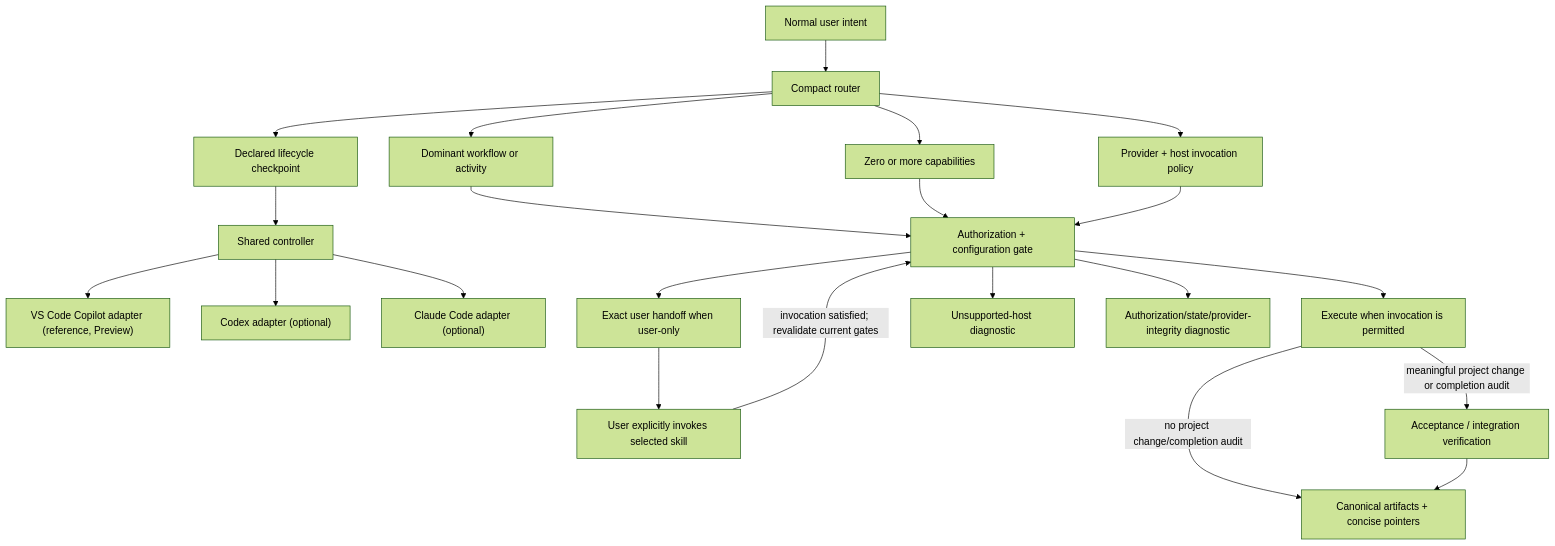
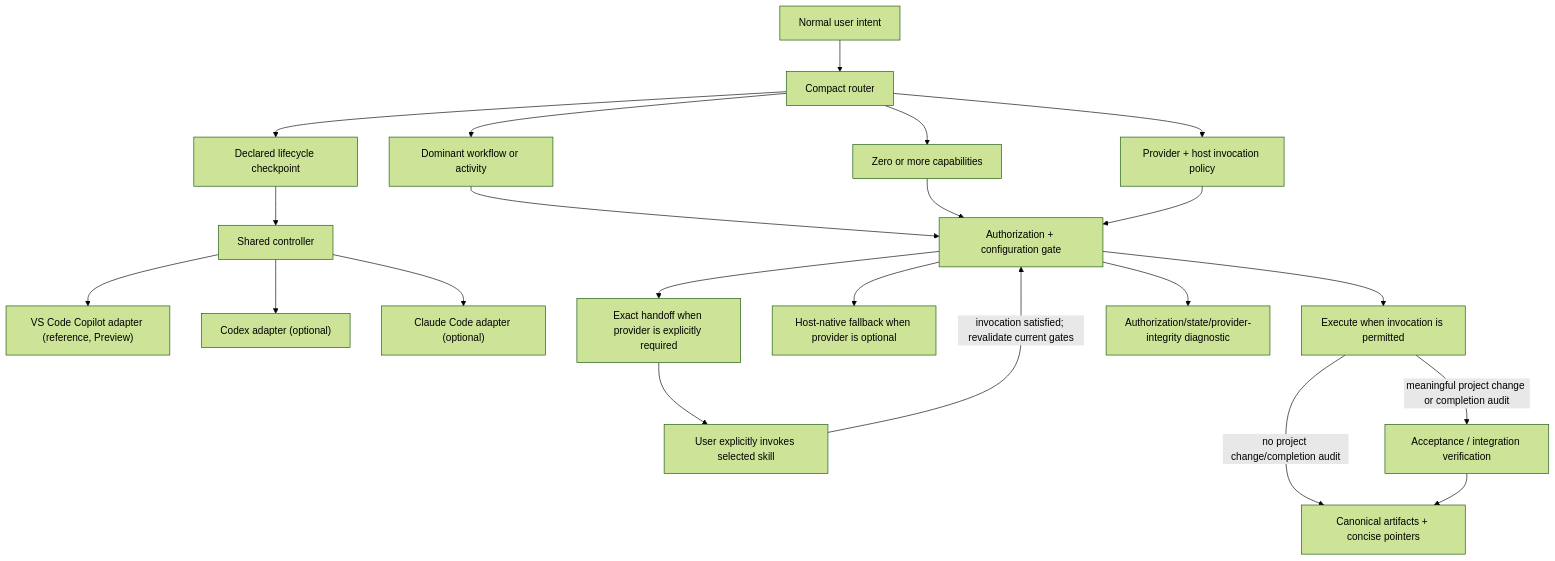
One commit to jimmfan/agentic-workflow changed the diagram in docs/architecture.md. Above: the diagram before and after it, drawn with Mermaid (forest theme). The commit also changed other lines of this file and 30 other files, not shown here.

````diff
--- a/docs/architecture.md
+++ b/docs/architecture.md
@@ -25,24 +25,24 @@
 ```mermaid
 flowchart TD
     request["Normal user intent"] --> router["Compact router"]
     router --> checkpoint["Declared lifecycle checkpoint"]
     checkpoint --> controller["Shared controller"]
     controller --> vscode["VS Code Copilot adapter (reference, Preview)"]
     controller --> codex["Codex adapter (optional)"]
     controller --> claude["Claude Code adapter (optional)"]
     router --> dominant["Dominant workflow or activity"]
     router --> capabilities["Zero or more capabilities"]
     router --> policy["Provider + host invocation policy"]
     dominant --> gate["Authorization + configuration gate"]
     capabilities --> gate
     policy --> gate
     gate --> execute["Execute when invocation is permitted"]
-    gate --> handoff["Exact user handoff when user-only"]
-    gate --> unavailable["Unsupported-host diagnostic"]
+    gate --> fallback["Host-native fallback when provider is optional"]
+    gate --> handoff["Exact handoff when provider is explicitly required"]
     gate --> blocked["Authorization/state/provider-integrity diagnostic"]
     handoff --> explicit["User explicitly invokes selected skill"]
     explicit -->|"invocation satisfied; revalidate current gates"| gate
     execute -->|"no project change/completion audit"| outcome
     execute -->|"meaningful project change or completion audit"| verification["Acceptance / integration verification"]
     verification --> outcome["Canonical artifacts + concise pointers"]
 ```
````
